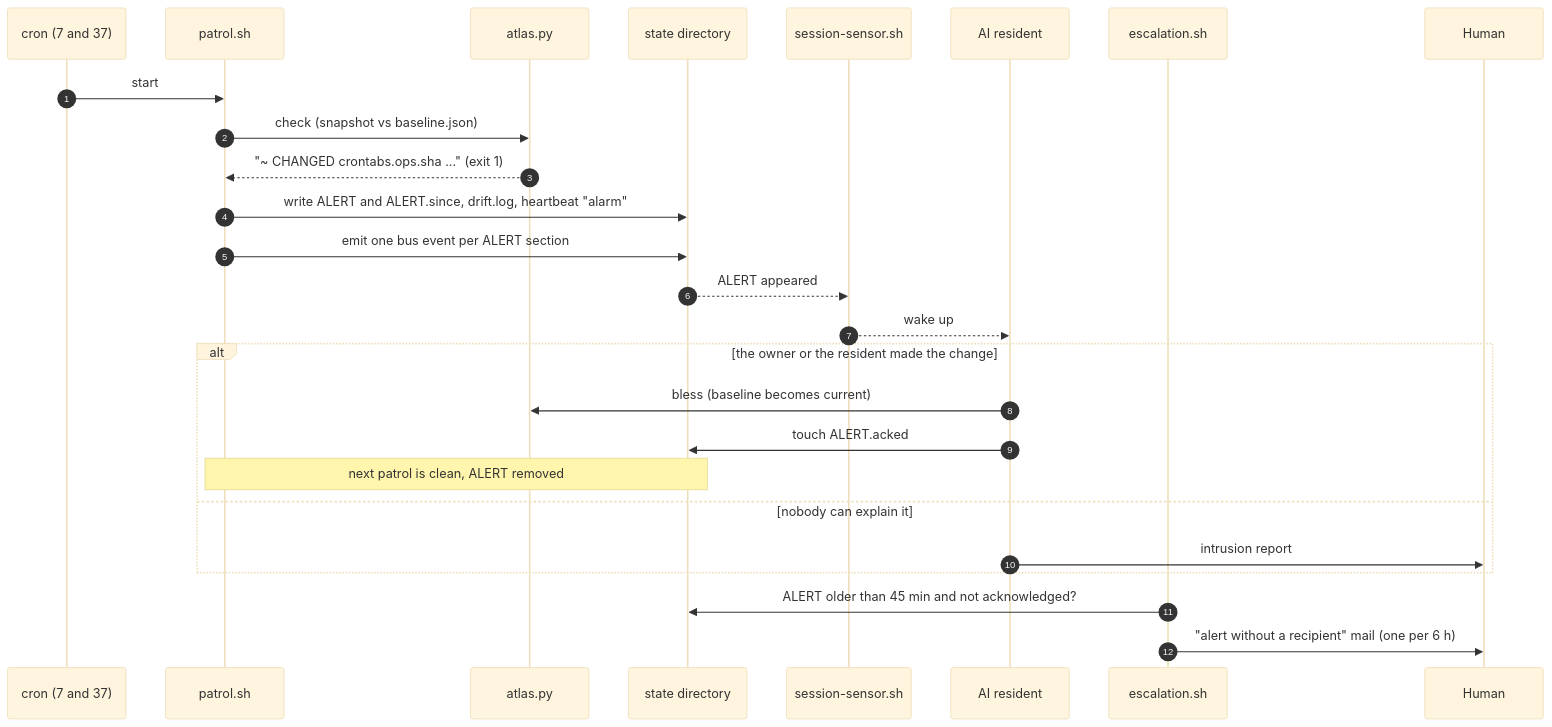
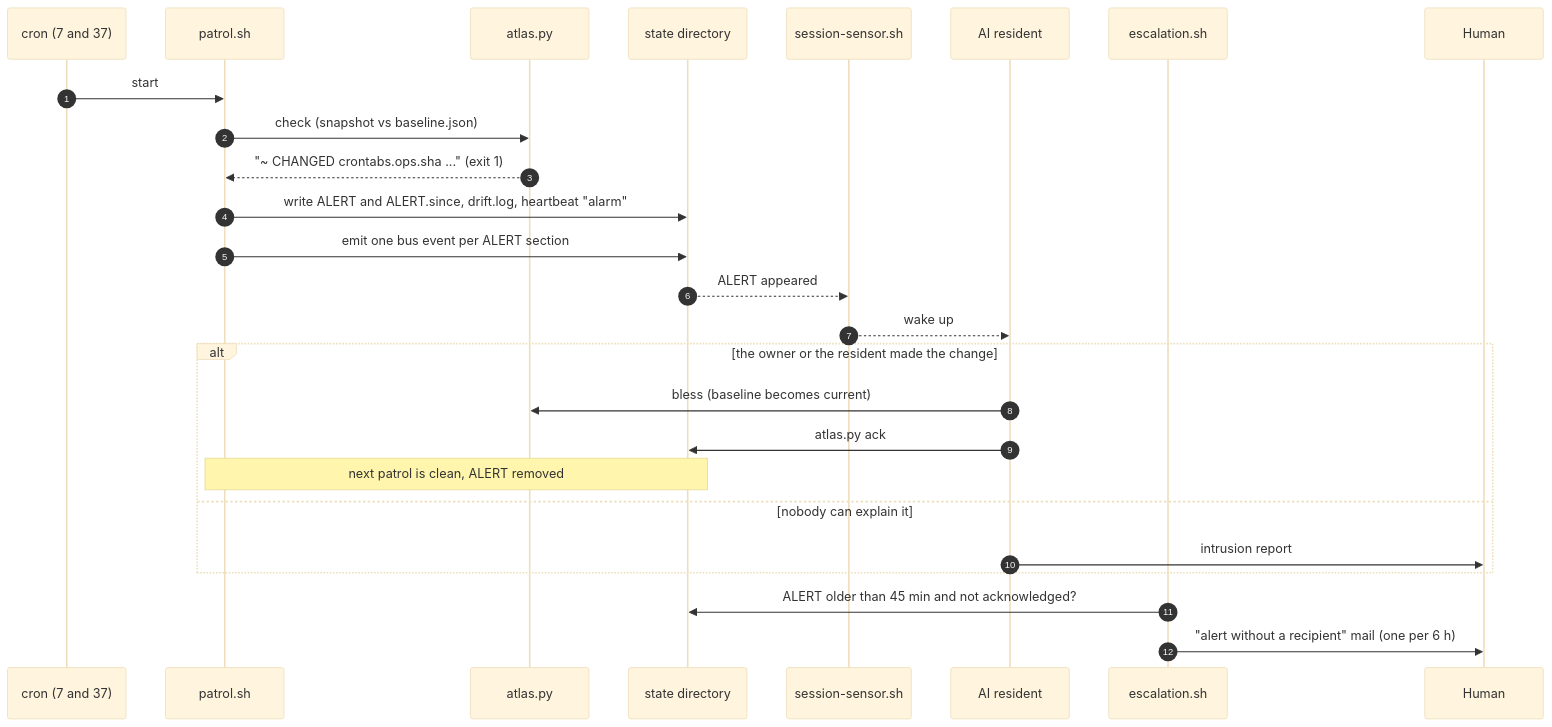
The fifth of 9 diagrams in README.md (NovaSeth/Atlas), drawn with Mermaid (base theme) before and after one commit. The commit also changed other lines of this file and 4 other files, not shown here.

Commit message:
docs: acknowledge with atlas.py ack

````diff
--- a/README.md
+++ b/README.md
@@ -503,29 +503,29 @@
 ```mermaid
 sequenceDiagram
     autonumber
     participant C as cron (7 and 37)
     participant P as patrol.sh
     participant A as atlas.py
     participant ST as state directory
     participant M as session-sensor.sh
     participant AI as AI resident
     participant E as escalation.sh
     participant H as Human
 
     C->>P: start
     P->>A: check (snapshot vs baseline.json)
     A-->>P: "~ CHANGED crontabs.ops.sha ..." (exit 1)
     P->>ST: write ALERT and ALERT.since, drift.log, heartbeat "alarm"
     P->>ST: emit one bus event per ALERT section
     ST-->>M: ALERT appeared
     M-->>AI: wake up
     alt the owner or the resident made the change
         AI->>A: bless (baseline becomes current)
-        AI->>ST: touch ALERT.acked
+        AI->>ST: atlas.py ack
         Note over P,ST: next patrol is clean, ALERT removed
     else nobody can explain it
         AI->>H: intrusion report
     end
     E->>ST: ALERT older than 45 min and not acknowledged?
     E->>H: "alert without a recipient" mail (one per 6 h)
 ```
````
